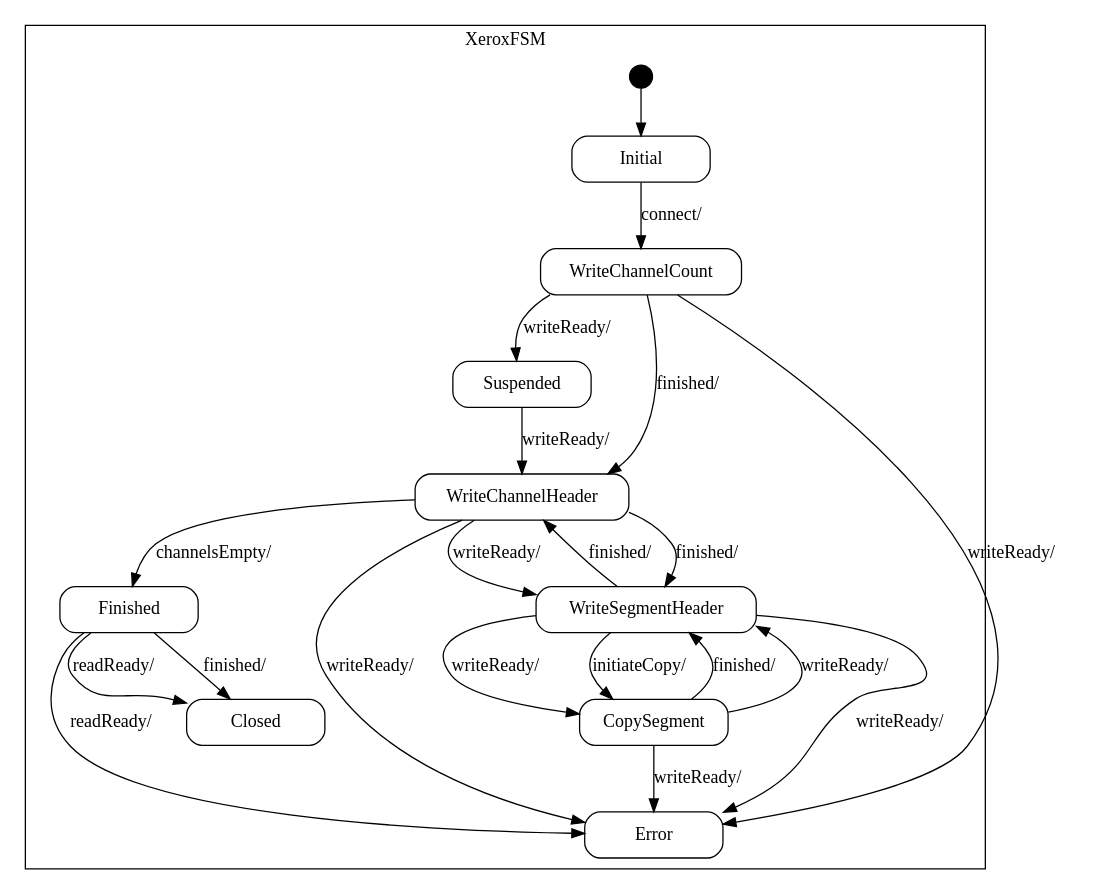
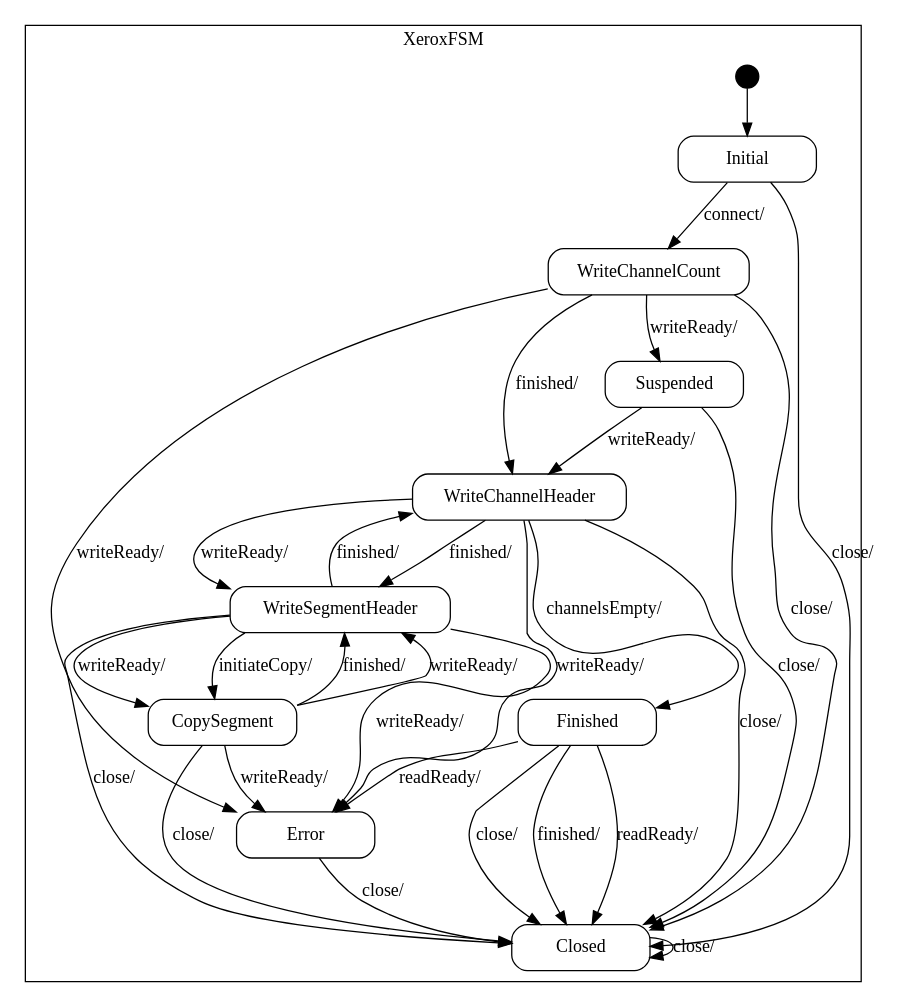
One commit to vmehra-sfdc/Ouroboros changed the diagram in spindle/doc/Xerox_sm.dot. Above: the diagram before and after it, drawn with Graphviz. The commit also changed 38 other files, not shown here.

```diff
--- a/spindle/doc/Xerox_sm.dot
+++ b/spindle/doc/Xerox_sm.dot
@@ -1,108 +1,135 @@
 digraph Xerox {
 
     node
         [shape=Mrecord width=1.5];
 
     subgraph cluster_XeroxFSM {
 
         label="XeroxFSM";
 
         //
         // States (Nodes)
         //
 
         "XeroxFSM::Initial"
             [label="{Initial}"];
 
         "XeroxFSM::WriteChannelCount"
             [label="{WriteChannelCount}"];
 
         "XeroxFSM::Suspended"
             [label="{Suspended}"];
 
         "XeroxFSM::WriteChannelHeader"
             [label="{WriteChannelHeader}"];
 
         "XeroxFSM::WriteSegmentHeader"
             [label="{WriteSegmentHeader}"];
 
         "XeroxFSM::CopySegment"
             [label="{CopySegment}"];
 
         "XeroxFSM::Finished"
             [label="{Finished}"];
 
         "XeroxFSM::Error"
             [label="{Error}"];
 
         "XeroxFSM::Closed"
             [label="{Closed}"];
 
         "%start"
             [label="" shape=circle style=filled fillcolor=black width=0.25];
 
         //
         // Transitions (Edges)
         //
 
         "XeroxFSM::Initial" -> "XeroxFSM::WriteChannelCount"
             [label="connect/\l"];
 
+        "XeroxFSM::Initial" -> "XeroxFSM::Closed"
+            [label="close/\l"];
+
         "XeroxFSM::WriteChannelCount" -> "XeroxFSM::WriteChannelHeader"
             [label="finished/\l"];
 
         "XeroxFSM::WriteChannelCount" -> "XeroxFSM::Error"
             [label="writeReady/\l"];
 
         "XeroxFSM::WriteChannelCount" -> "XeroxFSM::Suspended"
             [label="writeReady/\l"];
 
+        "XeroxFSM::WriteChannelCount" -> "XeroxFSM::Closed"
+            [label="close/\l"];
+
         "XeroxFSM::Suspended" -> "XeroxFSM::WriteChannelHeader"
             [label="writeReady/\l"];
+
+        "XeroxFSM::Suspended" -> "XeroxFSM::Closed"
+            [label="close/\l"];
 
         "XeroxFSM::WriteChannelHeader" -> "XeroxFSM::WriteSegmentHeader"
             [label="finished/\l"];
 
         "XeroxFSM::WriteChannelHeader" -> "XeroxFSM::Error"
             [label="writeReady/\l"];
 
         "XeroxFSM::WriteChannelHeader" -> "XeroxFSM::WriteSegmentHeader"
             [label="writeReady/\l"];
 
         "XeroxFSM::WriteChannelHeader" -> "XeroxFSM::Finished"
             [label="channelsEmpty/\l"];
 
+        "XeroxFSM::WriteChannelHeader" -> "XeroxFSM::Closed"
+            [label="close/\l"];
+
         "XeroxFSM::WriteSegmentHeader" -> "XeroxFSM::Error"
             [label="writeReady/\l"];
 
         "XeroxFSM::WriteSegmentHeader" -> "XeroxFSM::CopySegment"
             [label="writeReady/\l"];
 
         "XeroxFSM::WriteSegmentHeader" -> "XeroxFSM::CopySegment"
             [label="initiateCopy/\l"];
 
         "XeroxFSM::WriteSegmentHeader" -> "XeroxFSM::WriteChannelHeader"
             [label="finished/\l"];
 
+        "XeroxFSM::WriteSegmentHeader" -> "XeroxFSM::Closed"
+            [label="close/\l"];
+
         "XeroxFSM::CopySegment" -> "XeroxFSM::WriteSegmentHeader"
             [label="finished/\l"];
 
         "XeroxFSM::CopySegment" -> "XeroxFSM::Error"
             [label="writeReady/\l"];
 
         "XeroxFSM::CopySegment" -> "XeroxFSM::WriteSegmentHeader"
             [label="writeReady/\l"];
+
+        "XeroxFSM::CopySegment" -> "XeroxFSM::Closed"
+            [label="close/\l"];
 
         "XeroxFSM::Finished" -> "XeroxFSM::Closed"
             [label="finished/\l"];
 
         "XeroxFSM::Finished" -> "XeroxFSM::Error"
             [label="readReady/\l"];
 
         "XeroxFSM::Finished" -> "XeroxFSM::Closed"
             [label="readReady/\l"];
 
+        "XeroxFSM::Finished" -> "XeroxFSM::Closed"
+            [label="close/\l"];
+
+        "XeroxFSM::Error" -> "XeroxFSM::Closed"
+            [label="close/\l"];
+
+        "XeroxFSM::Closed" -> "XeroxFSM::Closed"
+            [label="close/\l"];
+
         "%start" -> "XeroxFSM::Initial"
     }
 
 }
```
